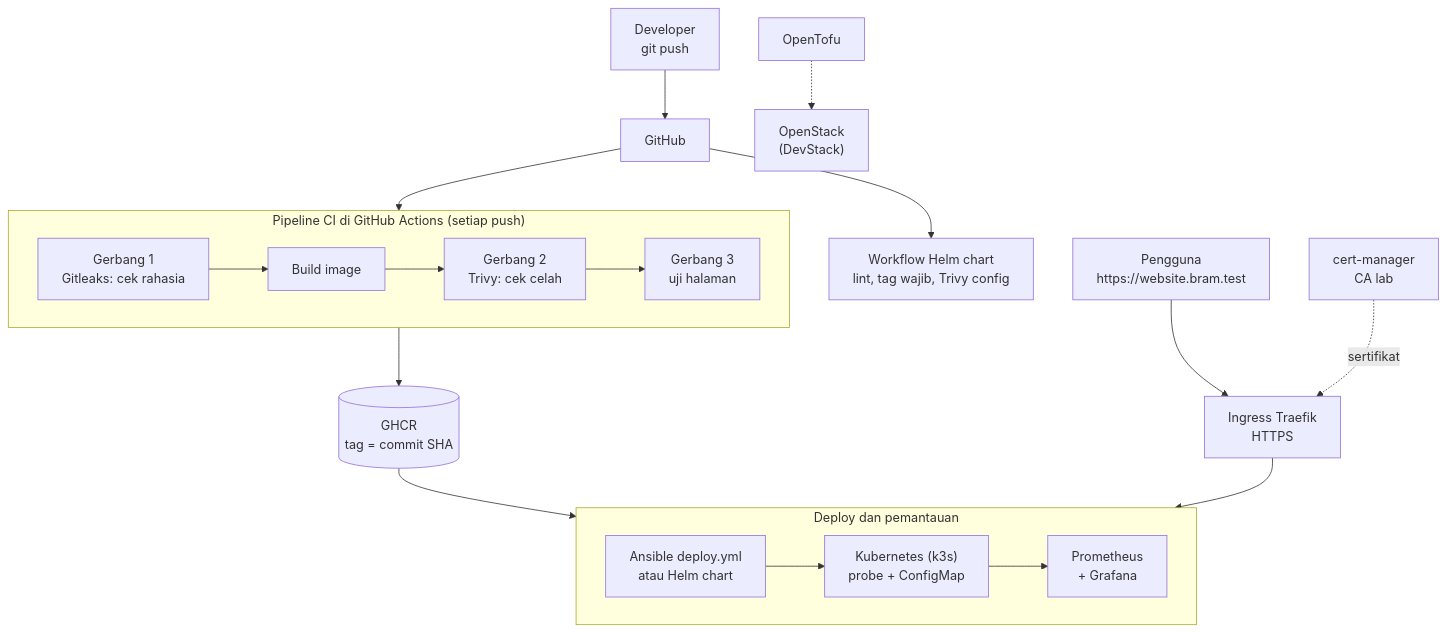
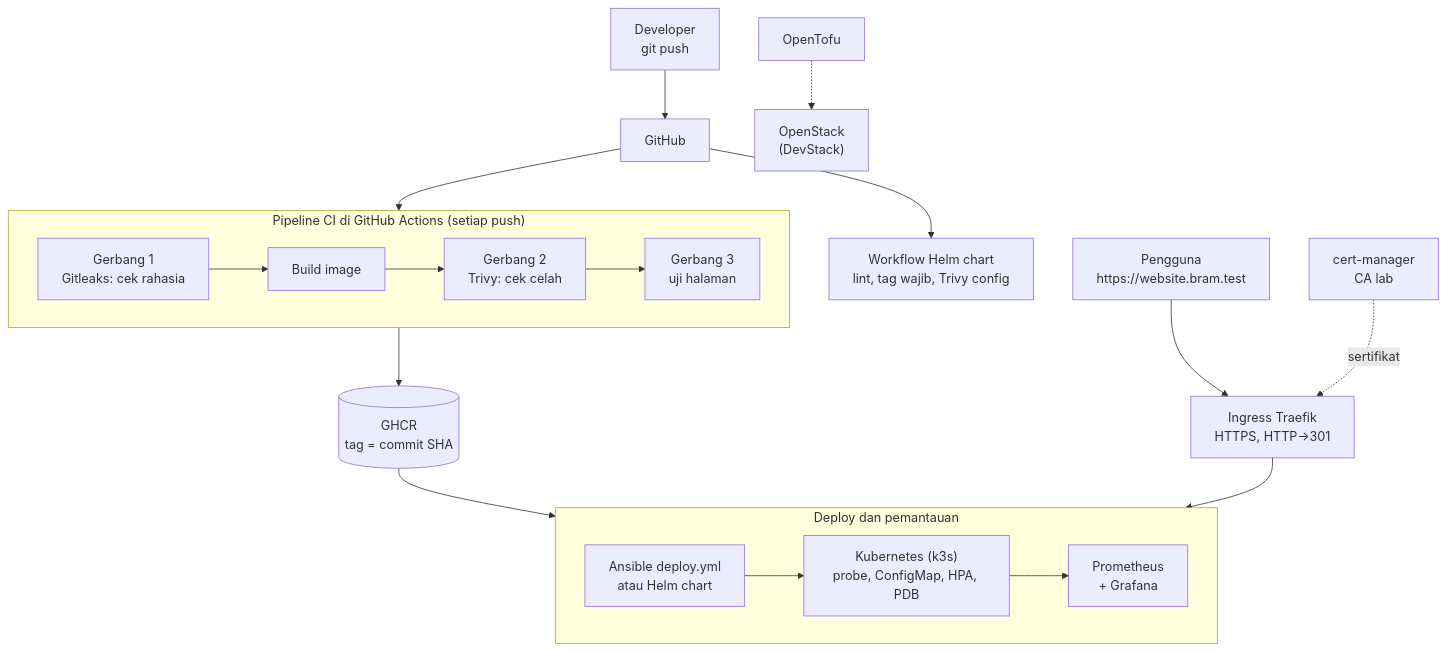
Before and after one commit to Bram-02/devops-website-bram: the diagram in README.md, drawn with Mermaid. The commit also changed other lines of this file, not shown here.

Commit message:
README: paksa HTTPS, HPA, dan PodDisruptionBudget

````diff
--- a/README.md
+++ b/README.md
@@ -16,27 +16,27 @@
 ```mermaid
 flowchart TB
     dev["Developer<br/>git push"] --> gh["GitHub"]
     gh --> CI
     gh --> HC["Workflow Helm chart<br/>lint, tag wajib, Trivy config"]
 
     subgraph CI["Pipeline CI di GitHub Actions (setiap push)"]
         direction LR
         g1["Gerbang 1<br/>Gitleaks: cek rahasia"] --> b["Build image"]
         b --> g2["Gerbang 2<br/>Trivy: cek celah"]
         g2 --> g3["Gerbang 3<br/>uji halaman"]
     end
 
     CI --> reg[("GHCR<br/>tag = commit SHA")]
 
     subgraph CD["Deploy dan pemantauan"]
         direction LR
-        ans["Ansible deploy.yml<br/>atau Helm chart"] --> k3s["Kubernetes (k3s)<br/>probe + ConfigMap"]
+        ans["Ansible deploy.yml<br/>atau Helm chart"] --> k3s["Kubernetes (k3s)<br/>probe, ConfigMap, HPA, PDB"]
         k3s --> mon["Prometheus<br/>+ Grafana"]
     end
 
     reg --> ans
-    user["Pengguna<br/>https://website.bram.test"] --> ing["Ingress Traefik<br/>HTTPS"]
+    user["Pengguna<br/>https://website.bram.test"] --> ing["Ingress Traefik<br/>HTTPS, HTTP→301"]
     ing --> k3s
     cm["cert-manager<br/>CA lab"] -.sertifikat.-> ing
     tofu["OpenTofu"] -.-> os["OpenStack<br/>(DevStack)"]
 ```
````
